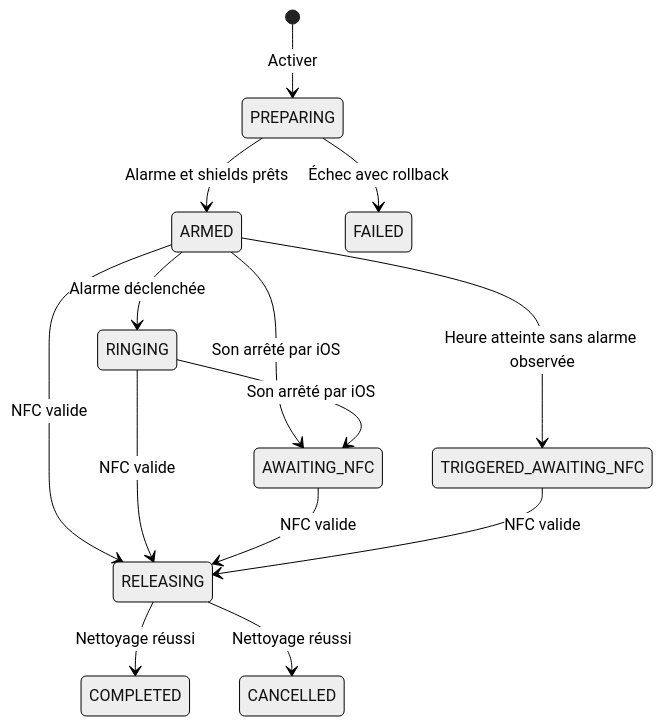
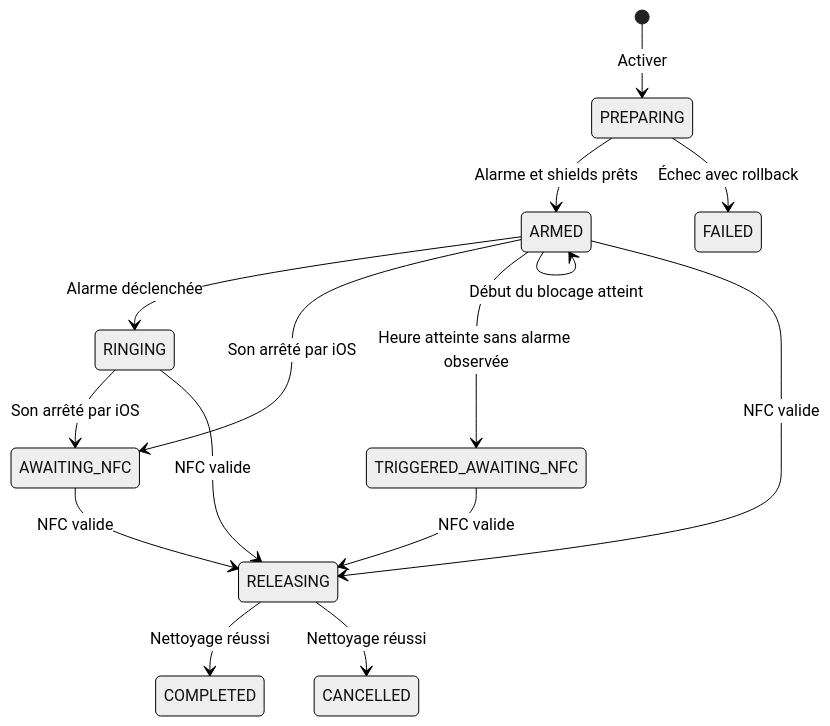
The diagram in specs/SPEC_IOS.md (Illians1/NiumiV2-App-Mobile), drawn with Mermaid (neutral theme) before and after one commit. The commit also changed other lines of this file and 50 other files, not shown here.

````diff
--- a/specs/SPEC_IOS.md
+++ b/specs/SPEC_IOS.md
@@ -484,16 +489,17 @@
 ```mermaid
 stateDiagram-v2
     [*] --> PREPARING: Activer
     PREPARING --> ARMED: Alarme et shields prêts
     PREPARING --> FAILED: Échec avec rollback
     ARMED --> RINGING: Alarme déclenchée
     ARMED --> AWAITING_NFC: Son arrêté par iOS
     ARMED --> TRIGGERED_AWAITING_NFC: Heure atteinte sans alarme observée
+    ARMED --> ARMED: Début du blocage atteint
     RINGING --> AWAITING_NFC: Son arrêté par iOS
     ARMED --> RELEASING: NFC valide
     RINGING --> RELEASING: NFC valide
     AWAITING_NFC --> RELEASING: NFC valide
     TRIGGERED_AWAITING_NFC --> RELEASING: NFC valide
     RELEASING --> COMPLETED: Nettoyage réussi
     RELEASING --> CANCELLED: Nettoyage réussi
 ```
````
